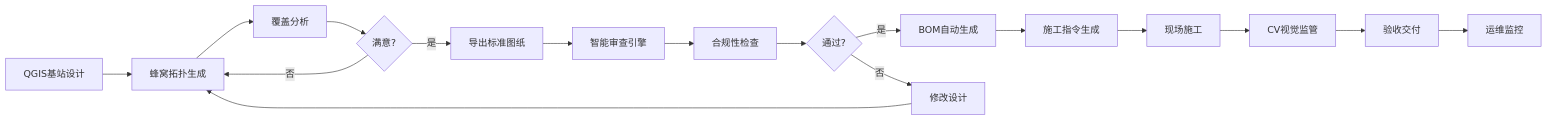
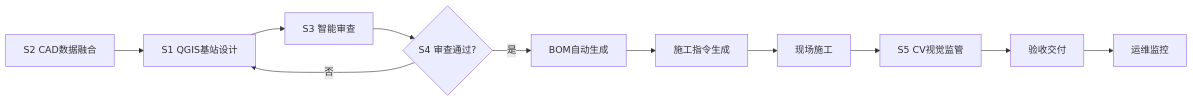
The second of 2 diagrams in docs/PROJECT-OVERVIEW.md (zhen237/xind2), drawn with Mermaid before and after one commit. The commit also changed other lines of this file and 159 other files, not shown here.

````diff
--- a/docs/PROJECT-OVERVIEW.md
+++ b/docs/PROJECT-OVERVIEW.md
@@ -134,19 +141,13 @@
 ```mermaid
 flowchart LR
-    A[QGIS基站设计] --> B[蜂窝拓扑生成]
-    B --> C[覆盖分析]
-    C --> D{满意?}
-    D -->|是| E[导出标准图纸]
+    A[S2 CAD数据融合] --> B[S1 QGIS基站设计]
+    B --> C[S3 智能审查]
+    C --> D{S4 审查通过?}
+    D -->|是| E[BOM自动生成]
     D -->|否| B
-    E --> F[智能审查引擎]
-    F --> G[合规性检查]
-    G --> H{通过?}
-    H -->|是| I[BOM自动生成]
-    H -->|否| J[修改设计]
-    J --> B
-    I --> K[施工指令生成]
-    K --> L[现场施工]
-    L --> M[CV视觉监管]
-    M --> N[验收交付]
-    N --> O[运维监控]
+    E --> F[施工指令生成]
+    F --> G[现场施工]
+    G --> H[S5 CV视觉监管]
+    H --> I[验收交付]
+    I --> J[运维监控]
 ```
````
